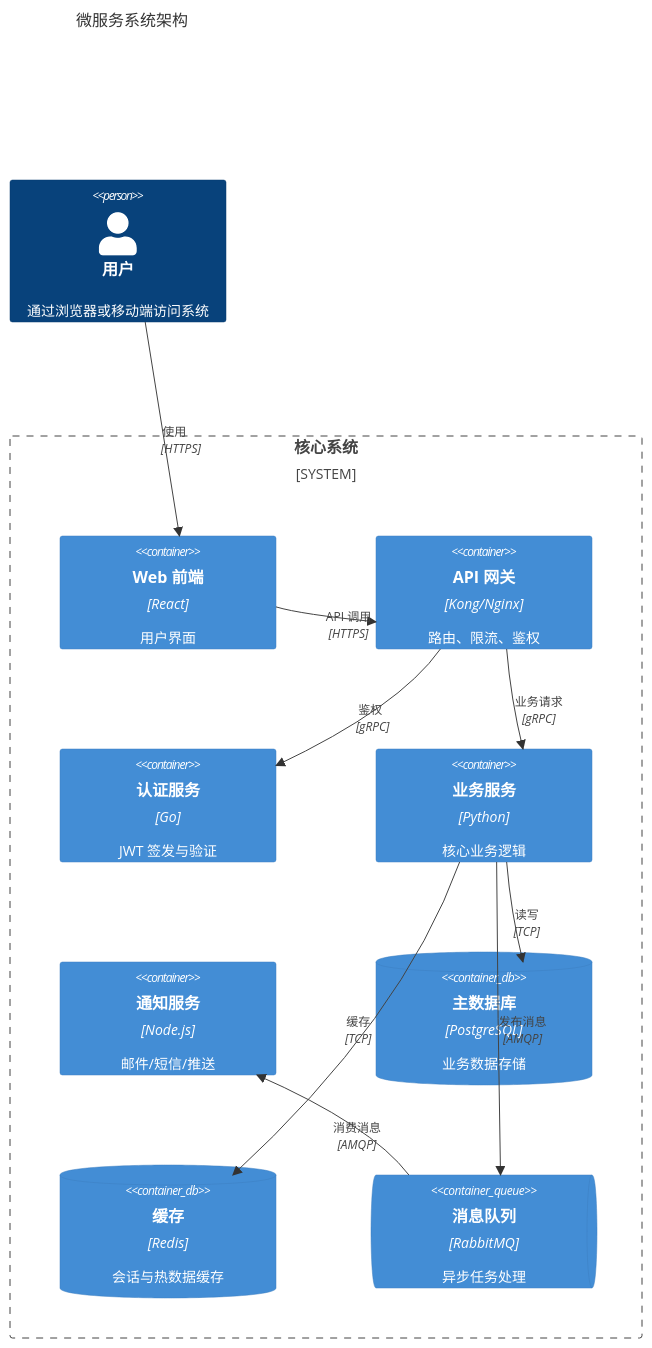
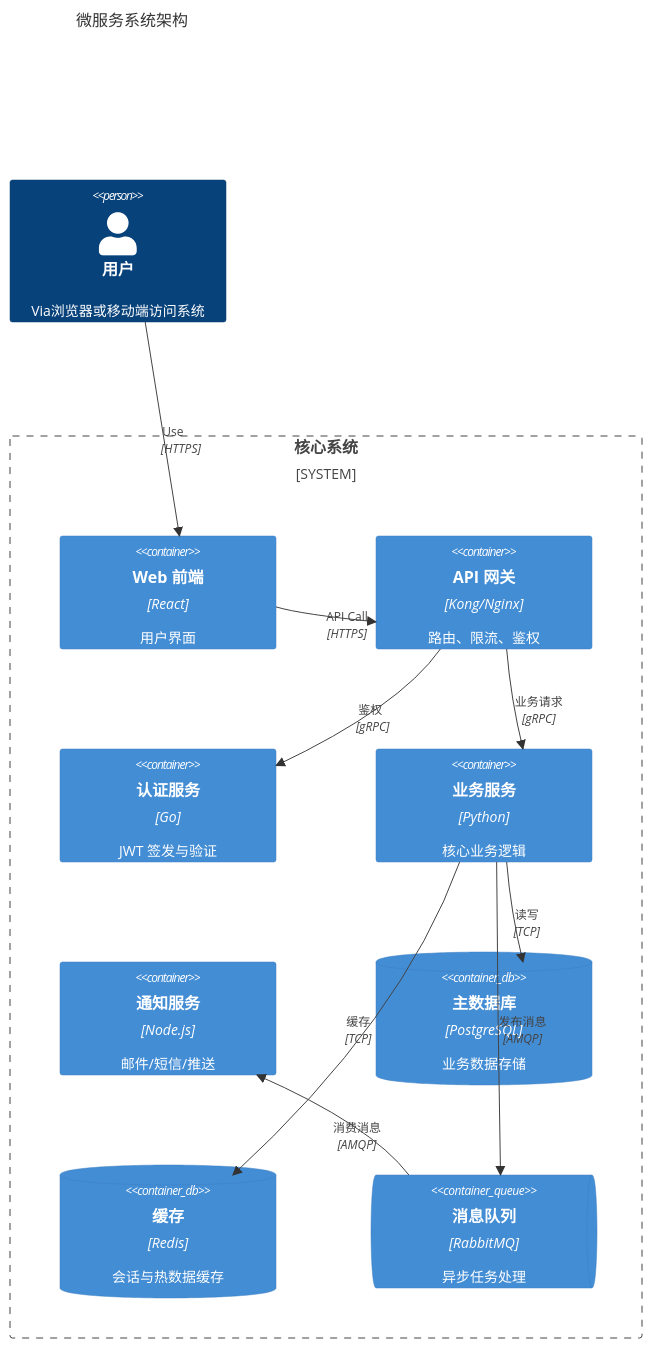
Before and after one commit to openakita/openakita: the first of 8 diagrams in skills/pretty-mermaid/SKILL.md, drawn with Mermaid. The commit also changed other lines of this file and 126 other files, not shown here.

````diff
--- a/skills/pretty-mermaid/SKILL.md
+++ b/skills/pretty-mermaid/SKILL.md
@@ -275,26 +275,26 @@
 ```mermaid
 C4Container
     title 微服务系统架构
 
-    Person(user, "用户", "通过浏览器或移动端访问系统")
+    Person(user, "用户", "Via浏览器或移动端访问系统")
 
     System_Boundary(system, "核心系统") {
         Container(web, "Web 前端", "React", "用户界面")
         Container(gateway, "API 网关", "Kong/Nginx", "路由、限流、鉴权")
         Container(auth, "认证服务", "Go", "JWT 签发与验证")
         Container(biz, "业务服务", "Python", "核心业务逻辑")
         Container(notify, "通知服务", "Node.js", "邮件/短信/推送")
         ContainerDb(db, "主数据库", "PostgreSQL", "业务数据存储")
         ContainerDb(cache, "缓存", "Redis", "会话与热数据缓存")
         ContainerQueue(mq, "消息队列", "RabbitMQ", "异步任务处理")
     }
 
-    Rel(user, web, "使用", "HTTPS")
-    Rel(web, gateway, "API 调用", "HTTPS")
+    Rel(user, web, "Use", "HTTPS")
+    Rel(web, gateway, "API Call", "HTTPS")
     Rel(gateway, auth, "鉴权", "gRPC")
     Rel(gateway, biz, "业务请求", "gRPC")
     Rel(biz, db, "读写", "TCP")
     Rel(biz, cache, "缓存", "TCP")
     Rel(biz, mq, "发布消息", "AMQP")
     Rel(mq, notify, "消费消息", "AMQP")
 ```
````
